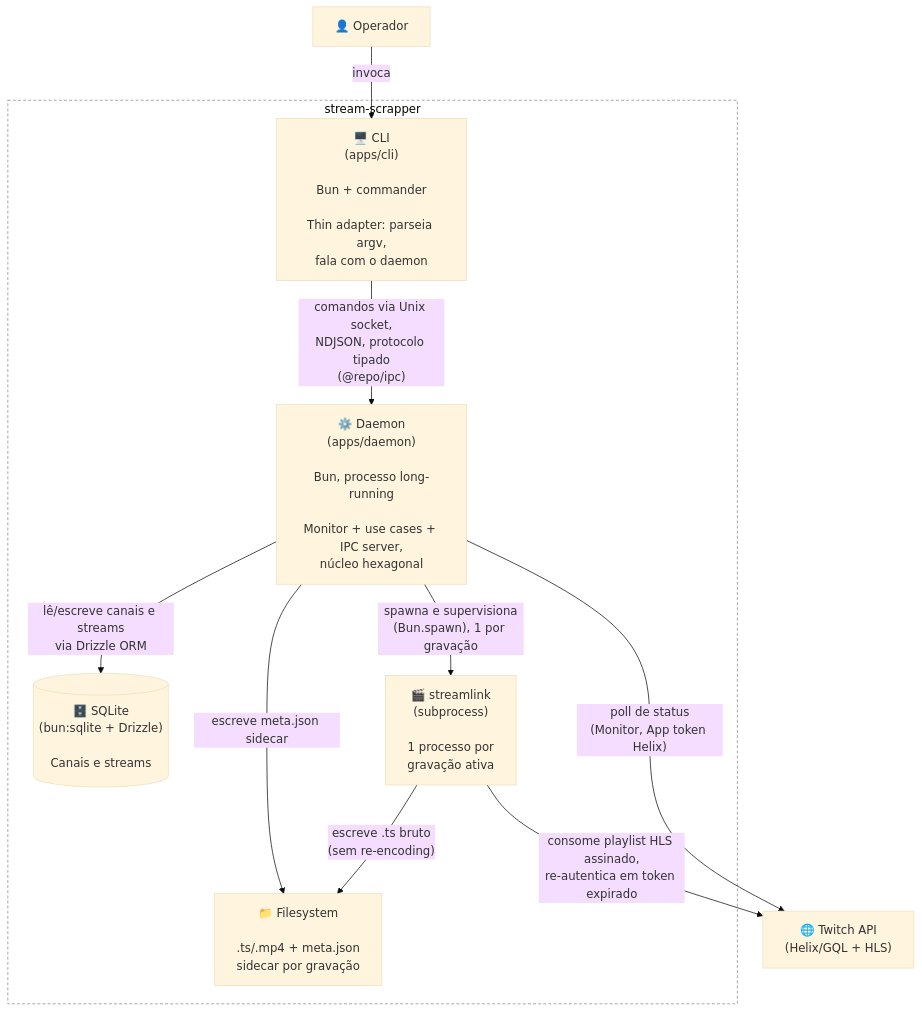
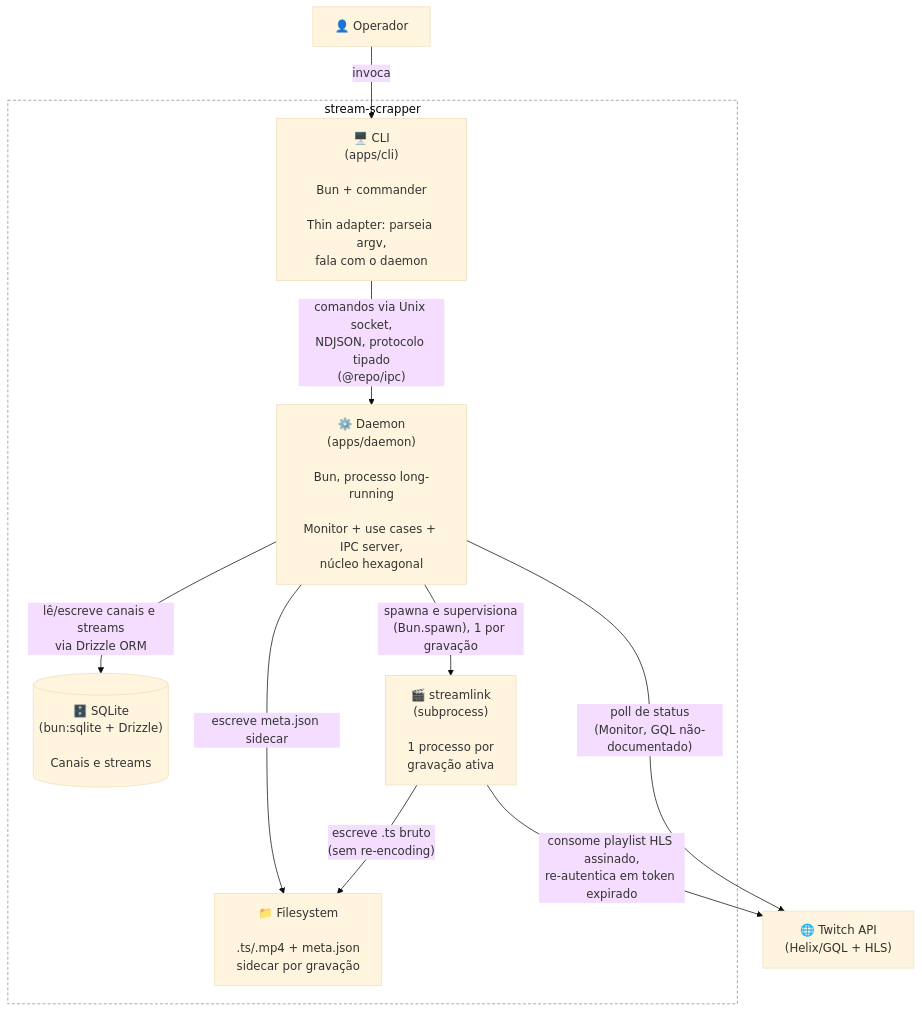
Before and after one commit to CaioMS2000/stream-scrapper: the second of 3 diagrams in docs/architecture/overview.md, drawn with Mermaid (base theme). The commit also changed 2 other files, not shown here.

Commit message:
docs: correct Twitch monitor authentication model
Document that channel monitoring uses Twitch's public GQL Client-Id,
not a renewable Helix app token, while Streamlink remains responsible
for playback token lifecycle during recording.

````diff
--- a/docs/architecture/overview.md
+++ b/docs/architecture/overview.md
@@ -45,24 +45,24 @@
 ```mermaid
 flowchart TB
     operador["👤 Operador"]
     twitch["🌐 Twitch API<br/>(Helix/GQL + HLS)"]
 
     subgraph boundary["stream-scrapper"]
         cli["🖥️ CLI<br/>(apps/cli)<br/><br/>Bun + commander<br/><br/>Thin adapter: parseia argv,<br/>fala com o daemon"]
         daemon["⚙️ Daemon<br/>(apps/daemon)<br/><br/>Bun, processo long-running<br/><br/>Monitor + use cases + IPC server,<br/>núcleo hexagonal"]
         db[("🗄️ SQLite<br/>(bun:sqlite + Drizzle)<br/><br/>Canais e streams")]
         fs["📁 Filesystem<br/><br/>.ts/.mp4 + meta.json<br/>sidecar por gravação"]
         streamlink["🎬 streamlink<br/>(subprocess)<br/><br/>1 processo por<br/>gravação ativa"]
     end
 
     operador -- "invoca" --> cli
     cli -- "comandos via Unix socket,\nNDJSON, protocolo tipado\n(@repo/ipc)" --> daemon
     daemon -- "lê/escreve canais e streams\nvia Drizzle ORM" --> db
     daemon -- "escreve meta.json sidecar" --> fs
     daemon -- "spawna e supervisiona\n(Bun.spawn), 1 por gravação" --> streamlink
     streamlink -- "escreve .ts bruto\n(sem re-encoding)" --> fs
-    daemon -- "poll de status\n(Monitor, App token Helix)" --> twitch
+    daemon -- "poll de status\n(Monitor, GQL não-documentado)" --> twitch
     streamlink -- "consome playlist HLS assinado,\nre-autentica em token expirado" --> twitch
 
     style boundary fill:transparent,stroke:#888,stroke-dasharray: 4 3
 ```
````
